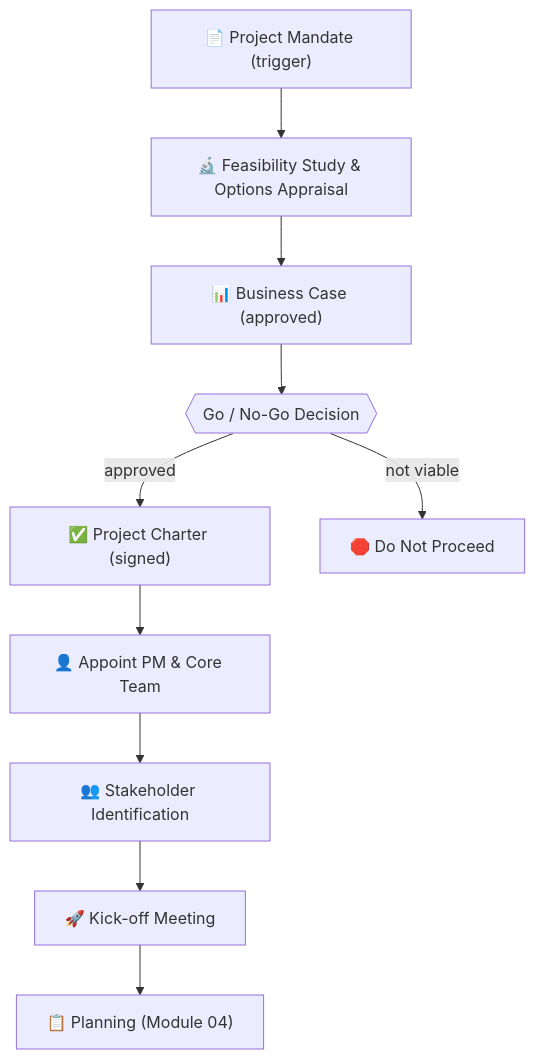
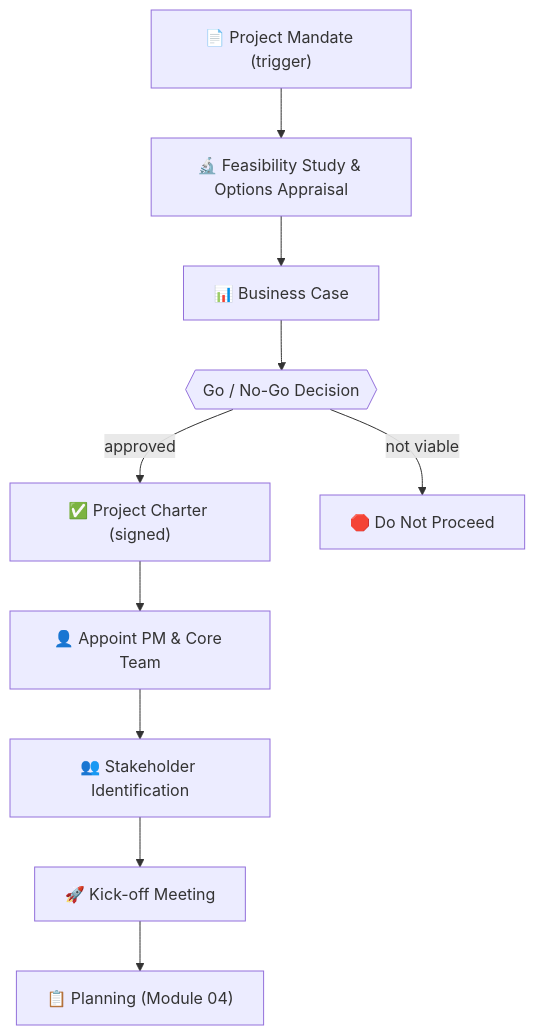
The first of 2 diagrams in modules/03-initiation.md (UncleJS/course_projectManagement), drawn with Mermaid before and after one commit. The commit also changed other lines of this file and 32 other files, not shown here.

````diff
--- a/modules/03-initiation.md
+++ b/modules/03-initiation.md
@@ -199,17 +210,17 @@
 ```mermaid
 flowchart TD
     MAN["📄 Project Mandate (trigger)"]
     FEAS["🔬 Feasibility Study & Options Appraisal"]
     DEC{{"Go / No-Go Decision"}}
-    BC["📊 Business Case (approved)"]
+    BC["📊 Business Case"]
     CHAR["✅ Project Charter (signed)"]
     APPT["👤 Appoint PM & Core Team"]
     STAKE["👥 Stakeholder Identification"]
     PLAN["📋 Planning (Module 04)"]
     KO["🚀 Kick-off Meeting"]
     STOP["🛑 Do Not Proceed"]
     MAN --> FEAS --> BC --> DEC
     DEC -->|"approved"| CHAR
     DEC -->|"not viable"| STOP
     CHAR --> APPT --> STAKE --> KO --> PLAN
 ```
````
